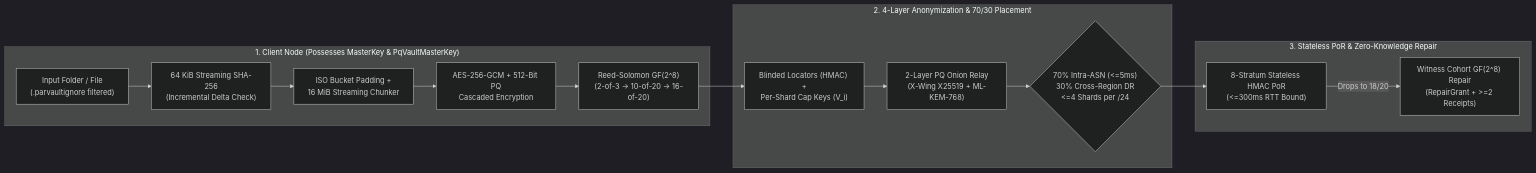
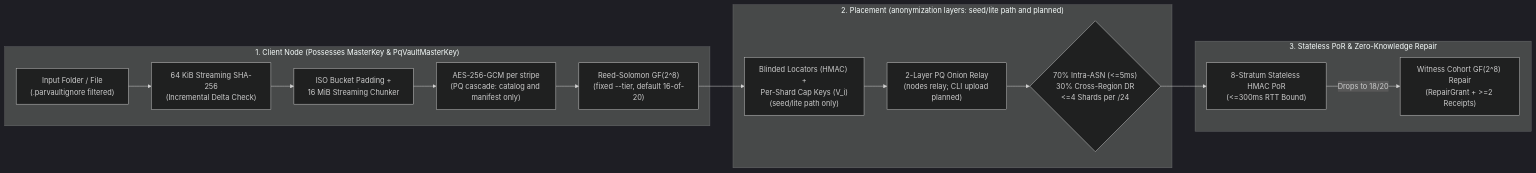
The diagram in README.md (Zbot21/parvault), drawn with Mermaid (dark theme) before and after one commit. The commit also changed other lines of this file and 2 other files, not shown here.

First line of the commit message:
docs: README and QUICKSTART say what v0.5.0 does (pre-release, encryption, onion, erasure tier, one router, opt-in phrase recovery)

````diff
--- a/README.md
+++ b/README.md
@@ -79,20 +86,20 @@
 ```mermaid
 flowchart LR
     subgraph Client["1. Client Node (Possesses MasterKey & PqVaultMasterKey)"]
         F["Input Folder / File\n(.parvaultignore filtered)"] --> HASH["64 KiB Streaming SHA-256\n(Incremental Delta Check)"]
         HASH --> PAD["ISO Bucket Padding +\n16 MiB Streaming Chunker"]
-        PAD --> AEAD["AES-256-GCM + 512-Bit PQ\nCascaded Encryption"]
-        AEAD --> RS["Reed-Solomon GF(2^8)\n(2-of-3 -> 10-of-20 -> 16-of-20)"]
+        PAD --> AEAD["AES-256-GCM per stripe\n(PQ cascade: catalog and manifest only)"]
+        AEAD --> RS["Reed-Solomon GF(2^8)\n(fixed --tier, default 16-of-20)"]
     end
 
-    subgraph Anon["2. 4-Layer Anonymization & 70/30 Placement"]
-        RS --> BLIND["Blinded Locators (HMAC) +\nPer-Shard Cap Keys (V_i)"]
-        BLIND --> ONION["2-Layer PQ Onion Relay\n(X-Wing X25519 + ML-KEM-768)"]
+    subgraph Anon["2. Placement (anonymization layers: seed/lite path and planned)"]
+        RS --> BLIND["Blinded Locators (HMAC) +\nPer-Shard Cap Keys (V_i)\n(seed/lite path only)"]
+        BLIND --> ONION["2-Layer PQ Onion Relay\n(nodes relay; CLI upload planned)"]
         ONION --> SPLIT{"70% Intra-ASN (<=5ms)\n30% Cross-Region DR\n<=4 Shards per /24"}
     end
 
     subgraph Audit["3. Stateless PoR & Zero-Knowledge Repair"]
         SPLIT --> POR["8-Stratum Stateless HMAC PoR\n(<=300ms RTT Bound)"]
         POR -->|"Drops to 18/20"| REP["Witness Cohort GF(2^8) Repair\n(RepairGrant + >=2 Receipts)"]
     end
 ```
````
